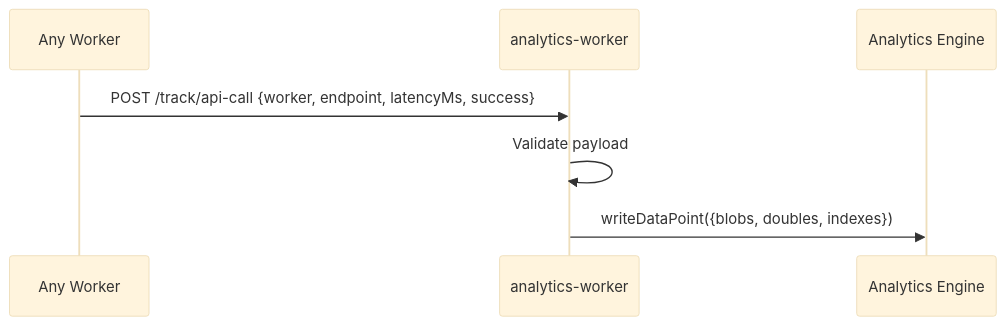
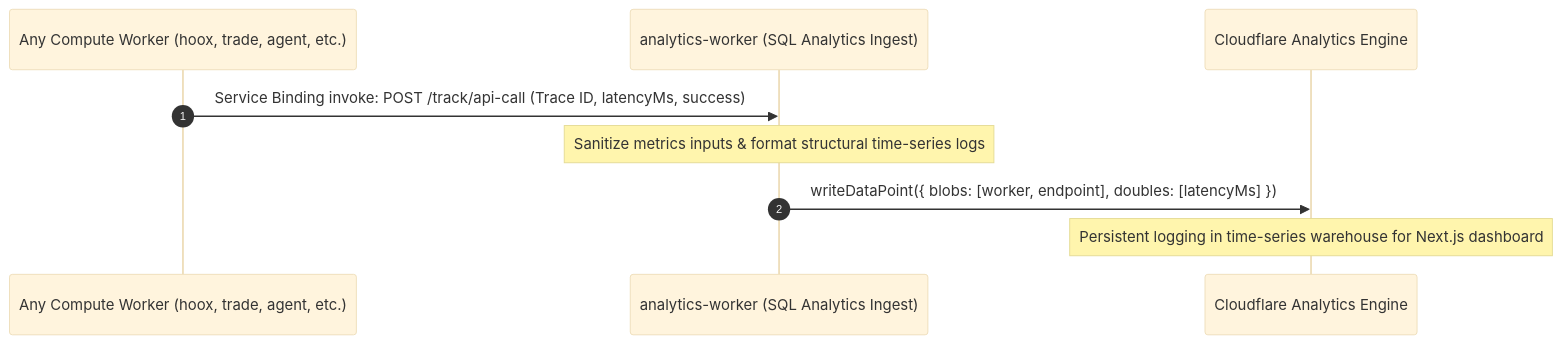
One commit to jango-blockchained/hoox-setup changed the fourth of 4 diagrams in docs/devops/architecture/data-flow.md. Above: the diagram before and after it, drawn with Mermaid (base theme). The commit also changed other lines of this file and 33 other files, not shown here.

````diff
--- a/docs/devops/architecture/data-flow.md
+++ b/docs/devops/architecture/data-flow.md
@@ -80,10 +118,12 @@
 ```mermaid
 sequenceDiagram
-    participant W as Any Worker
-    participant AE as analytics-worker
-    participant EE as Analytics Engine
+    autonumber
+    participant W as Any Compute Worker (hoox, trade, agent, etc.)
+    participant AN as analytics-worker (SQL Analytics Ingest)
+    participant AE as Cloudflare Analytics Engine
 
-    W->>AE: POST /track/api-call {worker, endpoint, latencyMs, success}
-    AE->>AE: Validate payload
-    AE->>EE: writeDataPoint({blobs, doubles, indexes})
+    W->>AN: Service Binding invoke: POST /track/api-call (Trace ID, latencyMs, success)
+    Note over AN: Sanitize metrics inputs & format structural time-series logs
+    AN->>AE: writeDataPoint({ blobs: [worker, endpoint], doubles: [latencyMs] })
+    Note over AE: Persistent logging in time-series warehouse for Next.js dashboard
 ```
````
